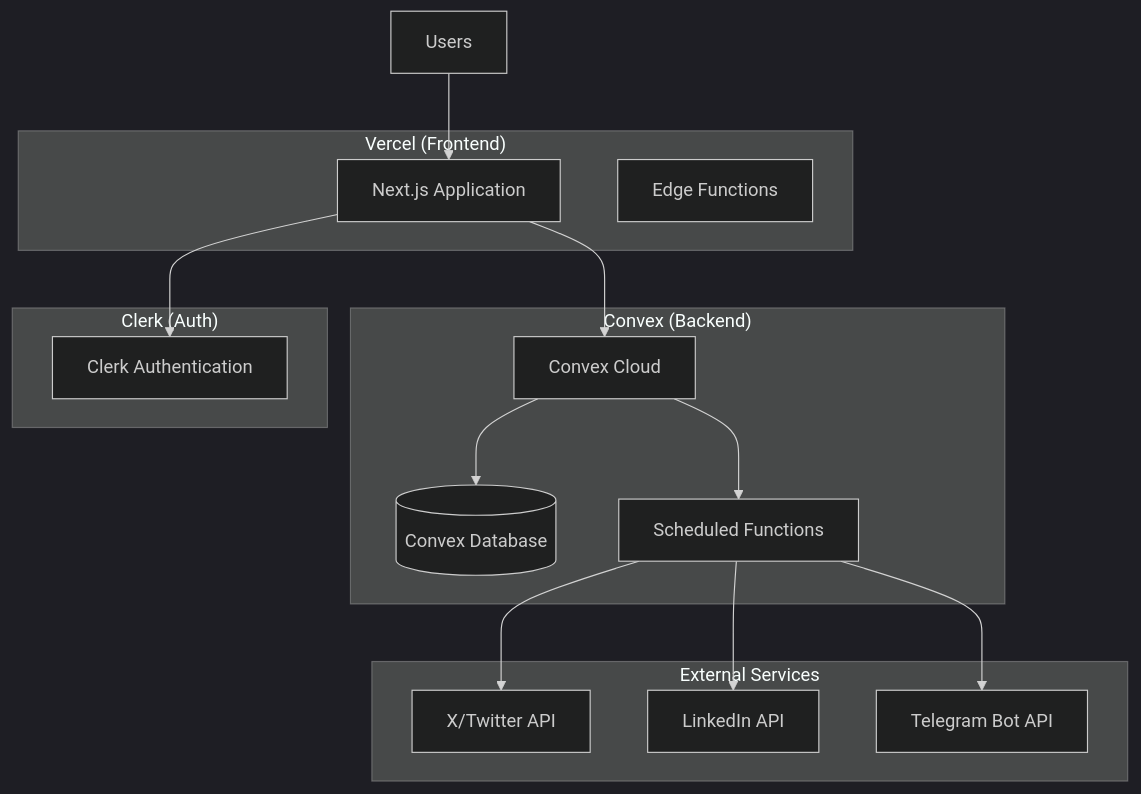
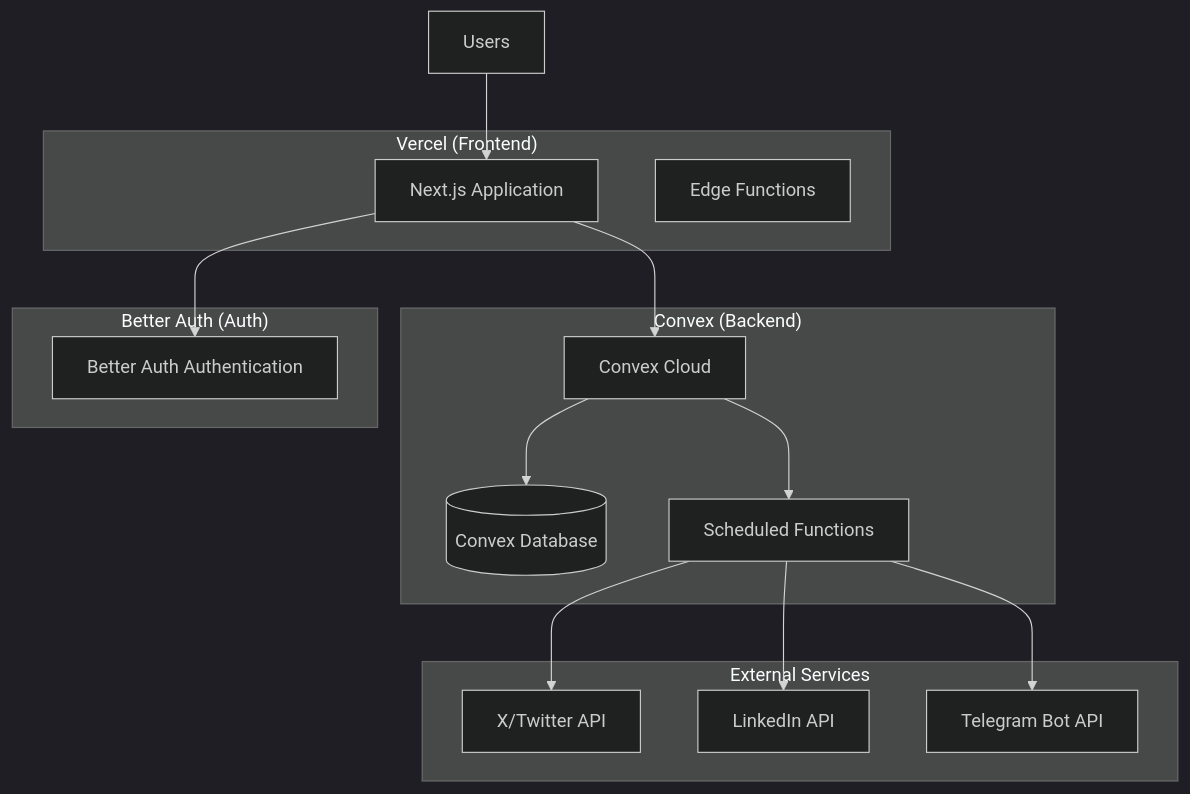
Diagram 20 of 22 in docs/ARCHITECTURE_DIAGRAMS.md (robertguss/social_post), drawn with Mermaid (dark theme) before and after one commit. The commit also changed other lines of this file and 32 other files, not shown here.

Commit message:
update references to Clerk to Better Auth

````diff
--- a/docs/ARCHITECTURE_DIAGRAMS.md
+++ b/docs/ARCHITECTURE_DIAGRAMS.md
@@ -661,34 +661,34 @@
 ```mermaid
 graph TB
     subgraph "Vercel (Frontend)"
         NextJSApp[Next.js Application]
         EdgeFunctions[Edge Functions]
     end
 
     subgraph "Convex (Backend)"
         ConvexCloud[Convex Cloud]
         ConvexDB[(Convex Database)]
         ScheduledJobs[Scheduled Functions]
     end
 
-    subgraph "Clerk (Auth)"
-        ClerkService[Clerk Authentication]
+    subgraph "Better Auth (Auth)"
+        BetterAuthService[Better Auth Authentication]
     end
 
     subgraph "External Services"
         Twitter[X/Twitter API]
         LinkedIn[LinkedIn API]
         Telegram[Telegram Bot API]
     end
 
     Users[Users] --> NextJSApp
-    NextJSApp --> ClerkService
+    NextJSApp --> BetterAuthService
     NextJSApp --> ConvexCloud
 
     ConvexCloud --> ConvexDB
     ConvexCloud --> ScheduledJobs
 
     ScheduledJobs --> Twitter
     ScheduledJobs --> LinkedIn
     ScheduledJobs --> Telegram
 ```
````
